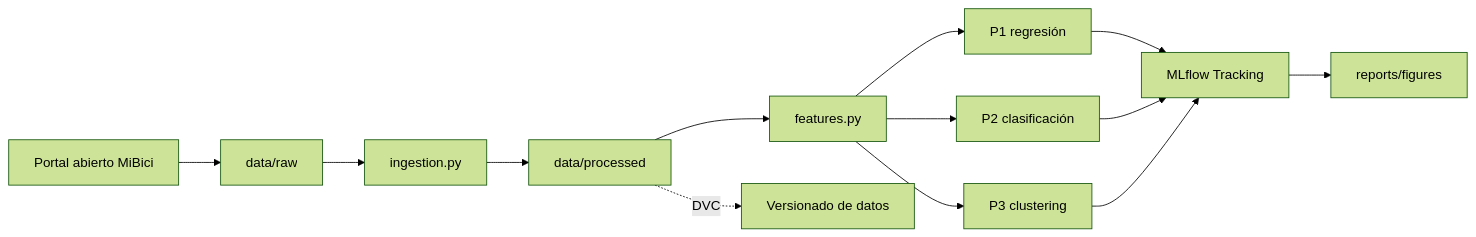
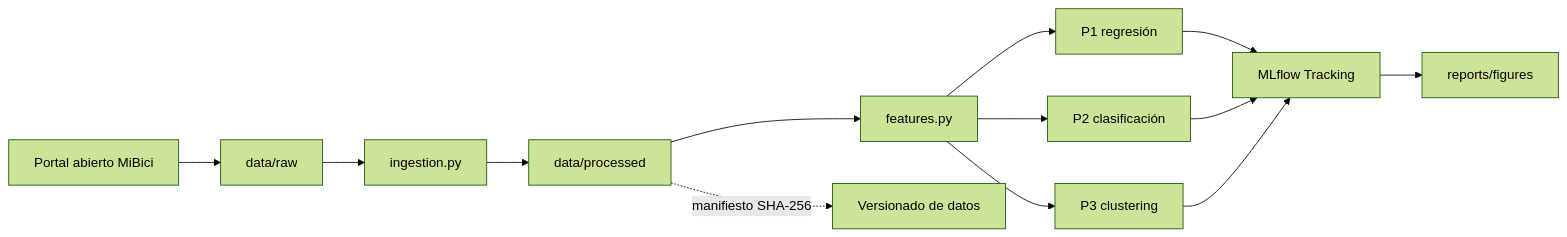
The diagram in references/arquitectura.md (Olbap009/MiBici), drawn with Mermaid (forest theme) before and after one commit. The commit also changed other lines of this file and 6 other files, not shown here.

````diff
--- a/references/arquitectura.md
+++ b/references/arquitectura.md
@@ -3,15 +3,15 @@
 ```mermaid
 flowchart LR
   A[Portal abierto MiBici] --> B[data/raw]
   B --> C[ingestion.py]
   C --> D[data/processed]
   D --> E[features.py]
   E --> F[P1 regresión]
   E --> G[P2 clasificación]
   E --> H[P3 clustering]
   F --> I[MLflow Tracking]
   G --> I
   H --> I
   I --> J[reports/figures]
-  D -. DVC .-> K[Versionado de datos]
+  D -. manifiesto SHA-256 .-> K[Versionado de datos]
 ```
````
